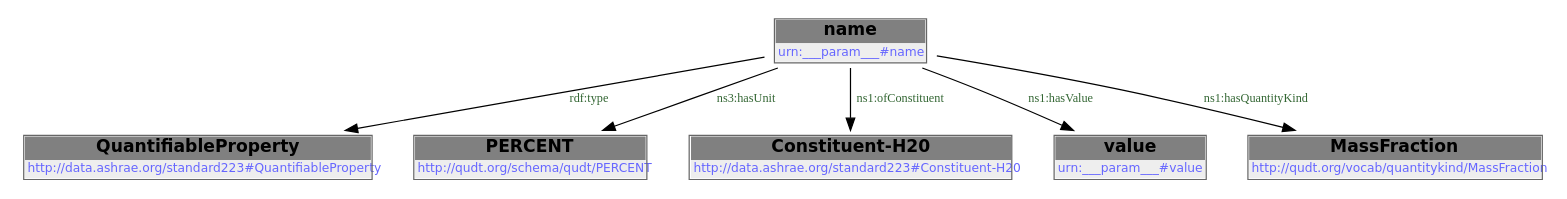
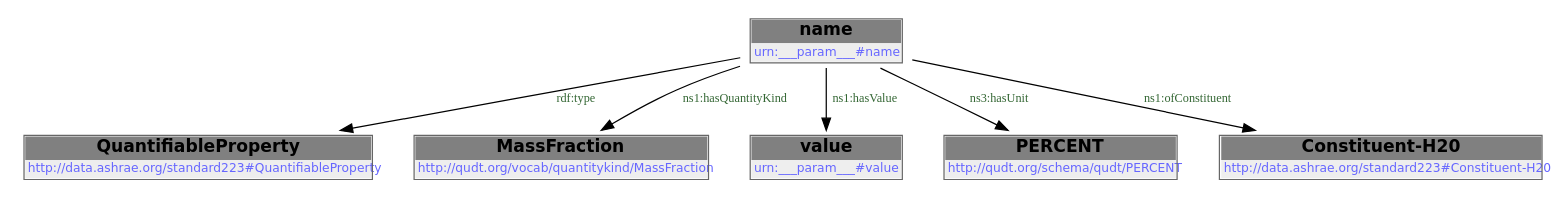
One commit to DataDrivenCPS/water-ontology changed the first of 2 diagrams in docs/libraries/templates/constituent-water.rst. Above: the diagram before and after it, drawn with Graphviz. The commit also changed other lines of this file and 33 other files, not shown here.

```diff
--- a/docs/libraries/templates/constituent-water.rst
+++ b/docs/libraries/templates/constituent-water.rst
@@ -64,16 +64,16 @@
         .. graphviz::
 
                 digraph G {
             node [fontname="DejaVu Sans"];
             node0 -> node1 [color=BLACK, label=< <font point-size='10' color='#336633'>rdf:type</font> >];
-            node0 -> node2 [color=BLACK, label=< <font point-size='10' color='#336633'>ns3:hasUnit</font> >];
-            node0 -> node3 [color=BLACK, label=< <font point-size='10' color='#336633'>ns1:ofConstituent</font> >];
-            node0 -> node4 [color=BLACK, label=< <font point-size='10' color='#336633'>ns1:hasValue</font> >];
-            node0 -> node5 [color=BLACK, label=< <font point-size='10' color='#336633'>ns1:hasQuantityKind</font> >];
+            node0 -> node2 [color=BLACK, label=< <font point-size='10' color='#336633'>ns1:hasQuantityKind</font> >];
+            node0 -> node3 [color=BLACK, label=< <font point-size='10' color='#336633'>ns1:hasValue</font> >];
+            node0 -> node4 [color=BLACK, label=< <font point-size='10' color='#336633'>ns3:hasUnit</font> >];
+            node0 -> node5 [color=BLACK, label=< <font point-size='10' color='#336633'>ns1:ofConstituent</font> >];
             node0 [shape=none, color=black, label=< <table color='#666666' cellborder='0' cellspacing='0' border='1'><tr><td colspan='2' bgcolor='grey'><B>name</B></td></tr><tr><td href='urn:___param___#name' bgcolor='#eeeeee' colspan='2'><font point-size='10' color='#6666ff'>urn:___param___#name</font></td></tr></table> >];
             node1 [shape=none, color=black, label=< <table color='#666666' cellborder='0' cellspacing='0' border='1'><tr><td colspan='2' bgcolor='grey'><B>QuantifiableProperty</B></td></tr><tr><td href='http://data.ashrae.org/standard223#QuantifiableProperty' bgcolor='#eeeeee' colspan='2'><font point-size='10' color='#6666ff'>http://data.ashrae.org/standard223#QuantifiableProperty</font></td></tr></table> >];
-            node2 [shape=none, color=black, label=< <table color='#666666' cellborder='0' cellspacing='0' border='1'><tr><td colspan='2' bgcolor='grey'><B>PERCENT</B></td></tr><tr><td href='http://qudt.org/schema/qudt/PERCENT' bgcolor='#eeeeee' colspan='2'><font point-size='10' color='#6666ff'>http://qudt.org/schema/qudt/PERCENT</font></td></tr></table> >];
-            node3 [shape=none, color=black, label=< <table color='#666666' cellborder='0' cellspacing='0' border='1'><tr><td colspan='2' bgcolor='grey'><B>Constituent-H20</B></td></tr><tr><td href='http://data.ashrae.org/standard223#Constituent-H20' bgcolor='#eeeeee' colspan='2'><font point-size='10' color='#6666ff'>http://data.ashrae.org/standard223#Constituent-H20</font></td></tr></table> >];
-            node4 [shape=none, color=black, label=< <table color='#666666' cellborder='0' cellspacing='0' border='1'><tr><td colspan='2' bgcolor='grey'><B>value</B></td></tr><tr><td href='urn:___param___#value' bgcolor='#eeeeee' colspan='2'><font point-size='10' color='#6666ff'>urn:___param___#value</font></td></tr></table> >];
-            node5 [shape=none, color=black, label=< <table color='#666666' cellborder='0' cellspacing='0' border='1'><tr><td colspan='2' bgcolor='grey'><B>MassFraction</B></td></tr><tr><td href='http://qudt.org/vocab/quantitykind/MassFraction' bgcolor='#eeeeee' colspan='2'><font point-size='10' color='#6666ff'>http://qudt.org/vocab/quantitykind/MassFraction</font></td></tr></table> >];
+            node2 [shape=none, color=black, label=< <table color='#666666' cellborder='0' cellspacing='0' border='1'><tr><td colspan='2' bgcolor='grey'><B>MassFraction</B></td></tr><tr><td href='http://qudt.org/vocab/quantitykind/MassFraction' bgcolor='#eeeeee' colspan='2'><font point-size='10' color='#6666ff'>http://qudt.org/vocab/quantitykind/MassFraction</font></td></tr></table> >];
+            node3 [shape=none, color=black, label=< <table color='#666666' cellborder='0' cellspacing='0' border='1'><tr><td colspan='2' bgcolor='grey'><B>value</B></td></tr><tr><td href='urn:___param___#value' bgcolor='#eeeeee' colspan='2'><font point-size='10' color='#6666ff'>urn:___param___#value</font></td></tr></table> >];
+            node4 [shape=none, color=black, label=< <table color='#666666' cellborder='0' cellspacing='0' border='1'><tr><td colspan='2' bgcolor='grey'><B>PERCENT</B></td></tr><tr><td href='http://qudt.org/schema/qudt/PERCENT' bgcolor='#eeeeee' colspan='2'><font point-size='10' color='#6666ff'>http://qudt.org/schema/qudt/PERCENT</font></td></tr></table> >];
+            node5 [shape=none, color=black, label=< <table color='#666666' cellborder='0' cellspacing='0' border='1'><tr><td colspan='2' bgcolor='grey'><B>Constituent-H20</B></td></tr><tr><td href='http://data.ashrae.org/standard223#Constituent-H20' bgcolor='#eeeeee' colspan='2'><font point-size='10' color='#6666ff'>http://data.ashrae.org/standard223#Constituent-H20</font></td></tr></table> >];
             }
```
